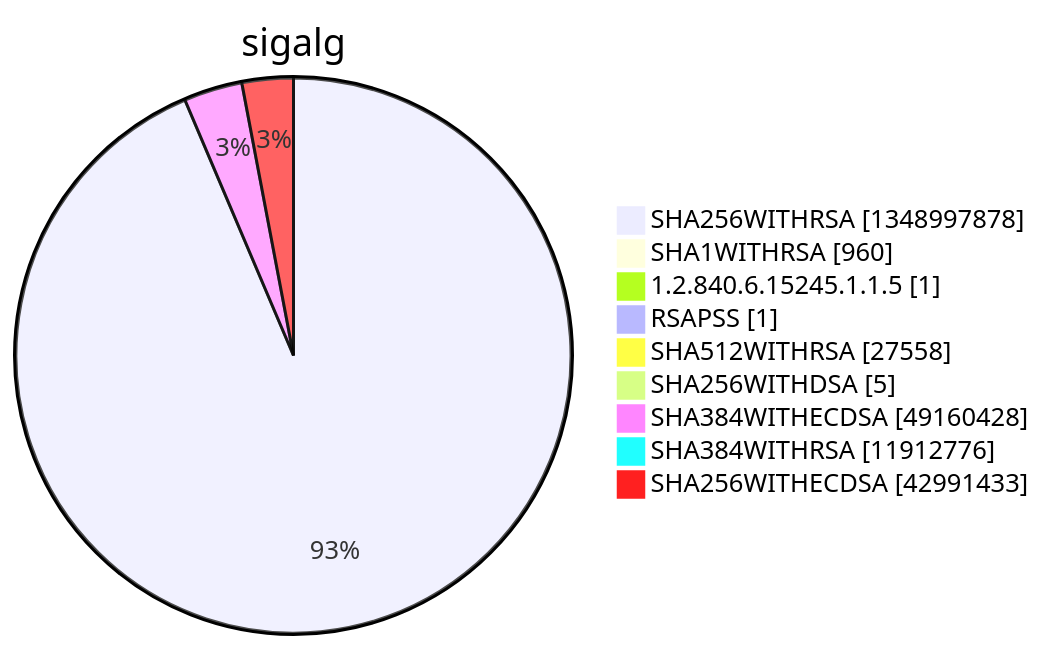
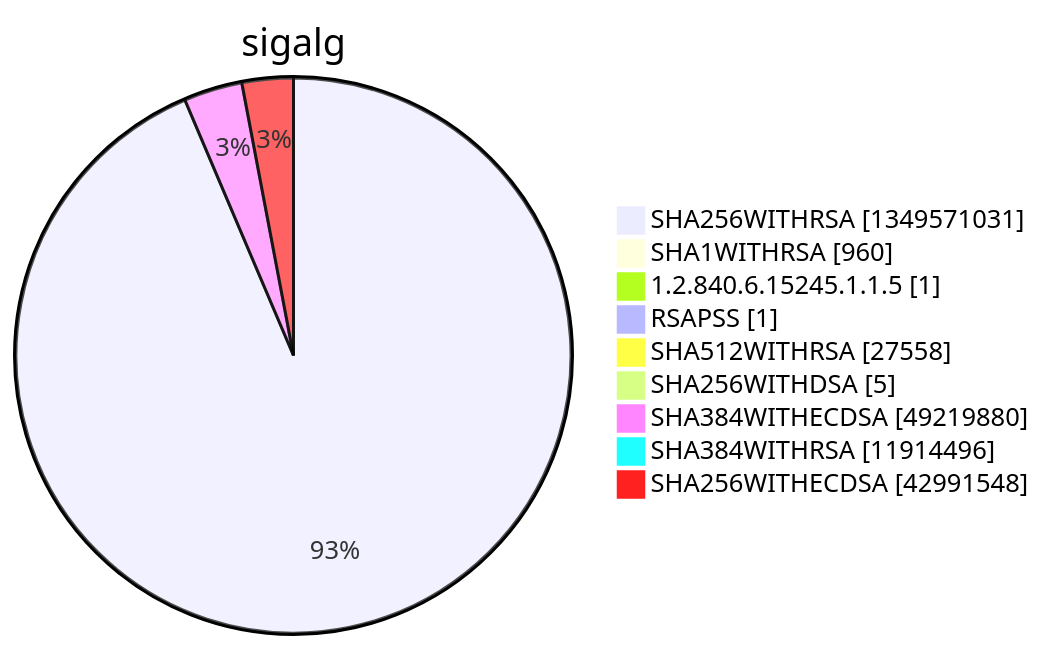
Diagram 15 of 15 in argon2022/README.md (christiankrug/ctmonitor_visualization), drawn with Mermaid before and after one commit. The commit also changed other lines of this file, not shown here.

````diff
--- a/argon2022/README.md
+++ b/argon2022/README.md
@@ -5524,13 +5524,13 @@
 ```mermaid
 pie showData
 title sigalg
-"SHA256WITHRSA" :1348997878
+"SHA256WITHRSA" :1349571031
 "SHA1WITHRSA" :960
 "1.2.840.6.15245.1.1.5" :1
 "RSAPSS" :1
 "SHA512WITHRSA" :27558
 "SHA256WITHDSA" :5
-"SHA384WITHECDSA" :49160428
-"SHA384WITHRSA" :11912776
-"SHA256WITHECDSA" :42991433
+"SHA384WITHECDSA" :49219880
+"SHA384WITHRSA" :11914496
+"SHA256WITHECDSA" :42991548
 ```
````
